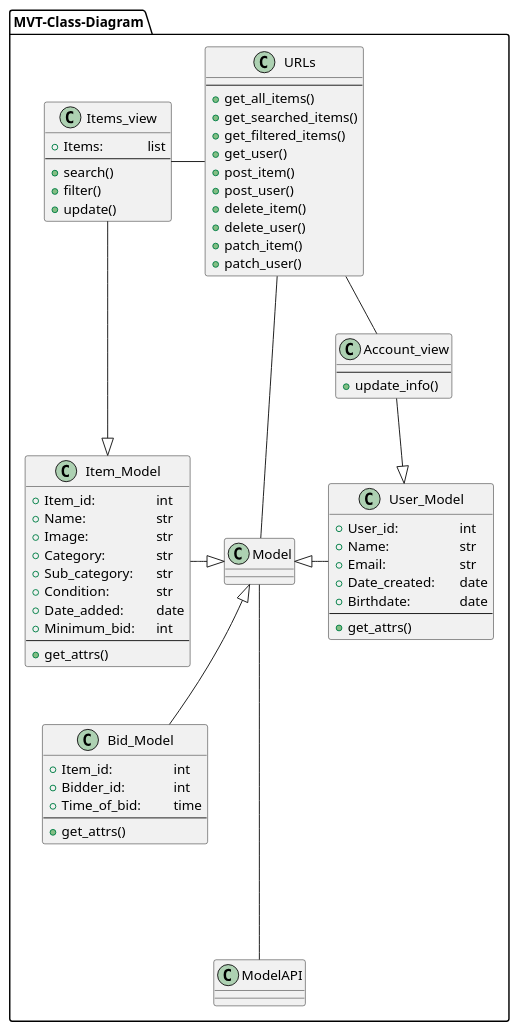
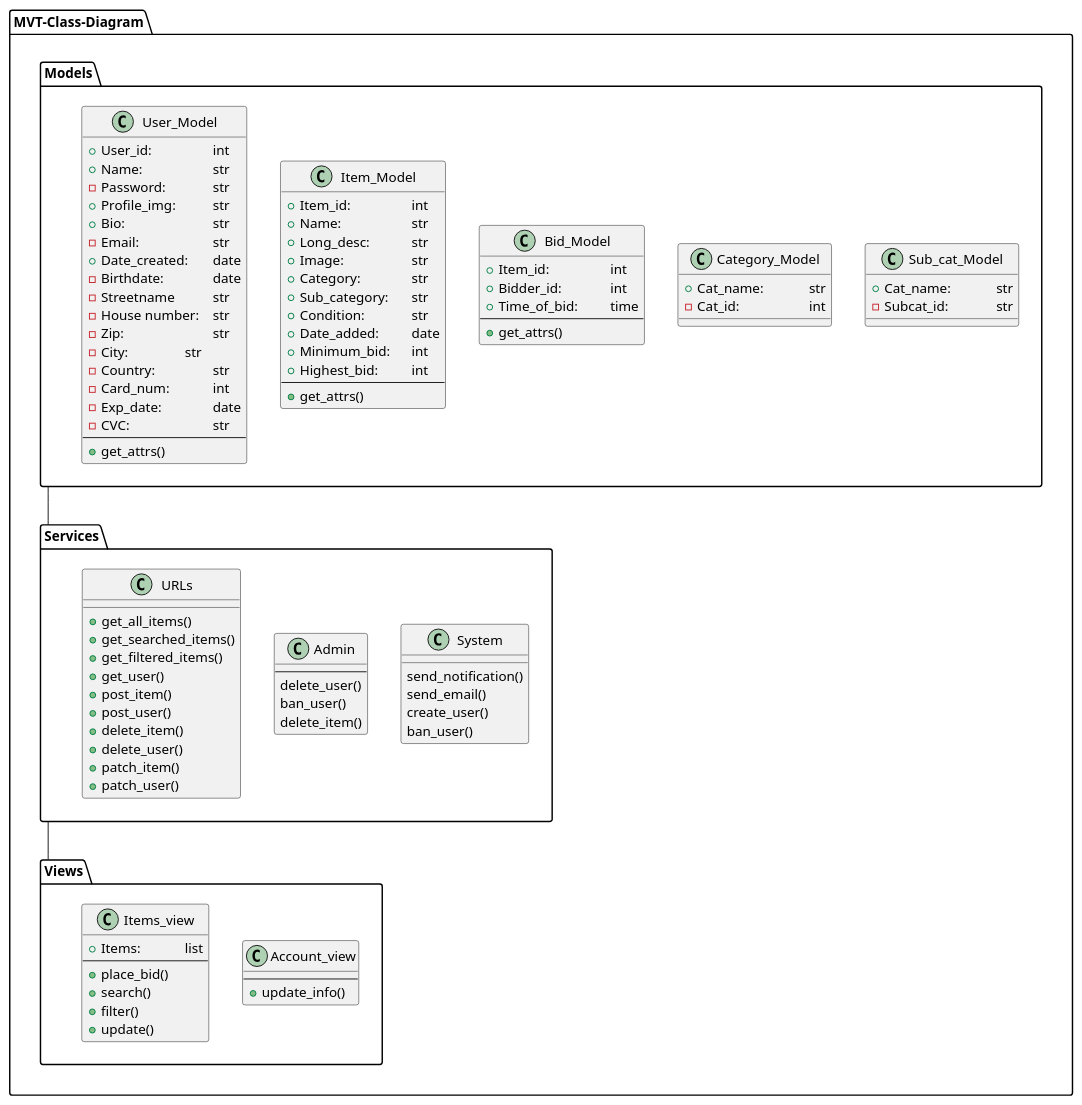
Before and after one commit to danyelfreir/VLN2-H42: the diagram in DesignReport/ClassDiagram.puml, drawn with PlantUML. The commit also changed 1 other file, not shown here.

Commit message:
Class diagram complete

```diff
--- a/DesignReport/ClassDiagram.puml
+++ b/DesignReport/ClassDiagram.puml
@@ -1,80 +1,119 @@
 @startuml
 
-namespace MVT-Class-Diagram {
+package MVT-Class-Diagram {
+    ' left to right direction
+    package Models {
+        class User_Model {
+            + User_id:\t\t\tint
+            + Name:\t\t\tstr
+            - Password:\t\tstr
+            + Profile_img:\t\tstr
+            + Bio:\t\t\t\tstr
+            - Email:\t\t\tstr
+            + Date_created:\tdate
+            - Birthdate:\t\tdate
+        ' Shipping information
+            - Streetname\t\tstr
+            - House number:\tstr
+            - Zip:\t\t\t\tstr
+            - City:\t\t\tstr
+            - Country:\t\t\tstr
+        ' Billing information
+            - Card_num:\t\tint
+            - Exp_date:\t\tdate
+            - CVC:\t\t\tstr
+            ---
+            + get_attrs()
+        }
 
-    class URLs {
-        ---
-        + get_all_items()
-        + get_searched_items()
-        + get_filtered_items()
-        + get_user()
-        + post_item()
-        + post_user()
-        + delete_item()
-        + delete_user()
-        + patch_item()
-        + patch_user()
+        class Item_Model {
+            + Item_id:\t\t\tint
+            + Name:\t\t\tstr
+            + Long_desc:\t\tstr
+            + Image:\t\t\tstr
+            + Category:\t\tstr
+            + Sub_category:\tstr
+            + Condition:\t\tstr
+            + Date_added:\t\tdate
+            + Minimum_bid:\tint
+            + Highest_bid:\t\tint
+            ---
+            + get_attrs()
+        }
+
+        class Bid_Model {
+            + Item_id:\t\t\tint
+            + Bidder_id:\t\tint
+            + Time_of_bid:\t\ttime
+            ---
+            + get_attrs()
+        }
+
+        class Category_Model {
+            + Cat_name:\t\tstr
+            - Cat_id:\t\t\tint
+        }
+
+        class Sub_cat_Model {
+            + Cat_name:\t\tstr
+            - Subcat_id:\t\tstr
+        }
+
+        User_Model -right[hidden]- Item_Model
+        Item_Model -right[hidden]- Bid_Model
+        Bid_Model -right[hidden]- Category_Model
+        Category_Model -right[hidden]- Sub_cat_Model
     }
 
-    class Items_view {
-        + Items:\t\tlist
-        ---
-        + search()
-        + filter()
-        + update()
+    package Services {
+        class URLs {
+            + get_all_items()
+            + get_searched_items()
+            + get_filtered_items()
+            + get_user()
+            + post_item()
+            + post_user()
+            + delete_item()
+            + delete_user()
+            + patch_item()
+            + patch_user()
+        }
+
+        class System {
+            send_notification()
+            send_email()
+            create_user()
+            ban_user()
+        }
+
+        class Admin {
+            ---
+            delete_user()
+            ban_user()
+            delete_item()
+        }
+        URLs -right[hidden]- Admin
+        Admin -right[hidden]- System
     }
 
-    class Account_view {
-        ---
-        + update_info()
+    package Views {
+        class Items_view {
+            + Items:\t\tlist
+            ---
+            + place_bid()
+            + search()
+            + filter()
+            + update()
+        }
+
+        class Account_view {
+            ---
+            + update_info()
+        }
+        Items_view -right[hidden]- Account_view
     }
-
-    class Model
-    class User_Model {
-        + User_id:\t\t\tint
-        + Name:\t\t\tstr
-        + Email:\t\t\tstr
-        + Date_created:\tdate
-        + Birthdate:\t\tdate
-        ---
-        + get_attrs()
-    }
-
-    class Item_Model {
-        + Item_id:\t\t\tint
-        + Name:\t\t\tstr
-        + Image:\t\t\tstr
-        + Category:\t\tstr
-        + Sub_category:\tstr
-        + Condition:\t\tstr
-        + Date_added:\t\tdate
-        + Minimum_bid:\tint
-        ---
-        + get_attrs()
-    }
-
-    class Bid_Model {
-        + Item_id:\t\t\tint
-        + Bidder_id:\t\tint
-        + Time_of_bid:\t\ttime
-        ---
-        + get_attrs()
-    }
-
-    class ModelAPI
-
-
-    Items_view -|> Item_Model
-    Account_view -|> User_Model
-    URLs -left- Items_view
-    URLs -right- Account_view
-    Model <|-right- User_Model
-    Model <|-left- Item_Model
-    Model <|-down- Bid_Model
-    Item_Model -down[hidden]- Bid_Model
-    Model --up- URLs
-    Model ---down- ModelAPI
-
+    Models -down- Services
+    Services -down- Views
 }
 
 @enduml
```
